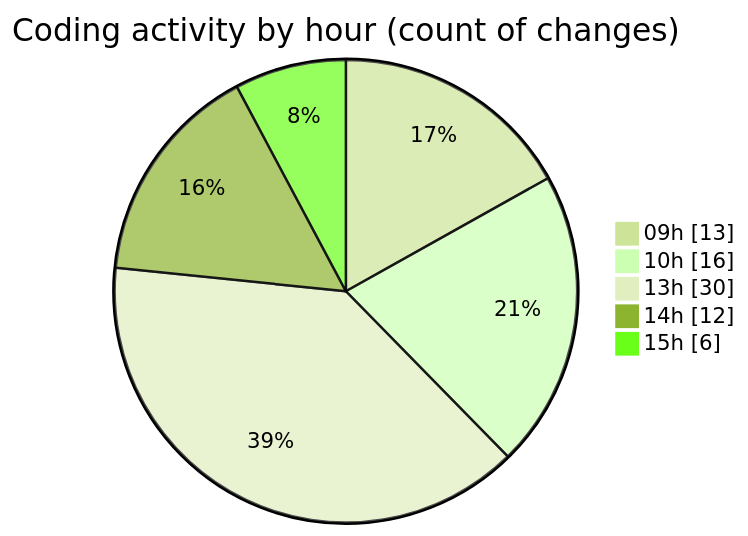
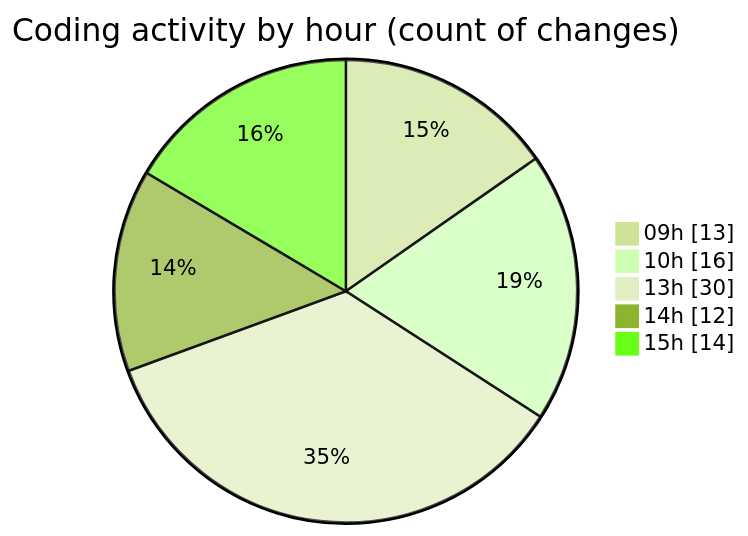
Before and after one commit to momahboobian/code-tracking: the second of 2 diagrams in 2025-03-31/cda/README.md, drawn with Mermaid (forest theme). The commit also changed other lines of this file and 1 other file, not shown here.

````diff
--- a/2025-03-31/cda/README.md
+++ b/2025-03-31/cda/README.md
@@ -37,9 +37,9 @@
 ```mermaid
 pie showData
 title Coding activity by hour (count of changes)
 "09h" : 13
 "10h" : 16
 "13h" : 30
 "14h" : 12
-"15h" : 6
+"15h" : 14
 ```
````
